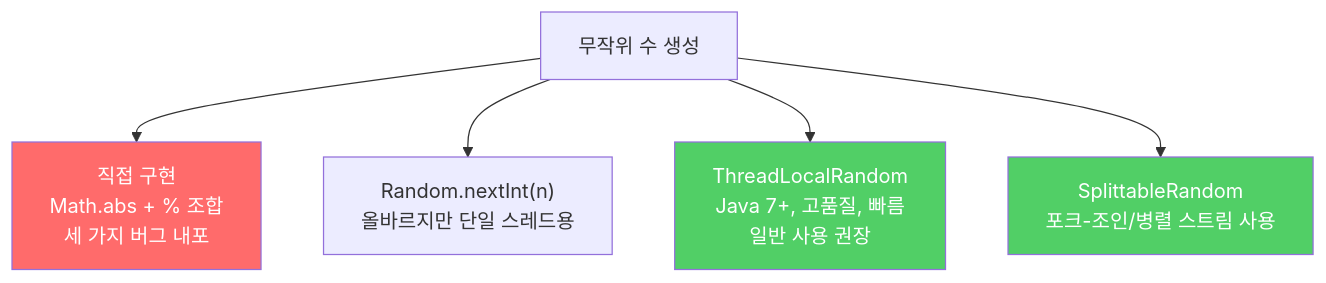
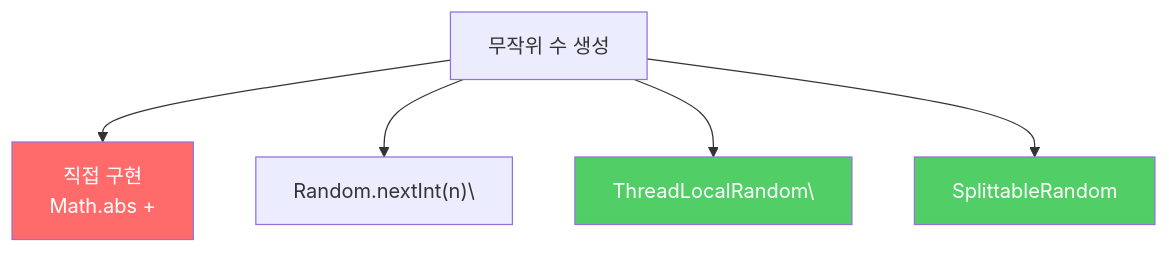
The diagram in _posts/java/2022-02-12-effective-java59.md (yjkim2015/yjkim2015.github.io), drawn with Mermaid before and after one commit. The commit also changed 271 other files, not shown here.

First line of the commit message:
Mermaid 라벨 축소: 긴 노드 텍스트 18자 이하로 트림 + \n 제거

````diff
--- a/_posts/java/2022-02-12-effective-java59.md
+++ b/_posts/java/2022-02-12-effective-java59.md
@@ -59,10 +59,10 @@
 ```mermaid
 graph TD
-    A["무작위 수 생성"] --> B["직접 구현\nMath.abs + % 조합\n세 가지 버그 내포"]
-    A --> C["Random.nextInt(n)\n올바르지만 단일 스레드용"]
-    A --> D["ThreadLocalRandom\nJava 7+, 고품질, 빠름\n일반 사용 권장"]
-    A --> E["SplittableRandom\n포크-조인/병렬 스트림 사용"]
+    A["무작위 수 생성"] --> B["직접 구현\nMath.abs +"]
+    A --> C["Random.nextInt(n)\"]
+    A --> D["ThreadLocalRandom\"]
+    A --> E["SplittableRandom\n"]
     style B fill:#ff6b6b,color:#fff
     style D fill:#51cf66,color:#fff
     style E fill:#51cf66,color:#fff
 ```
````
